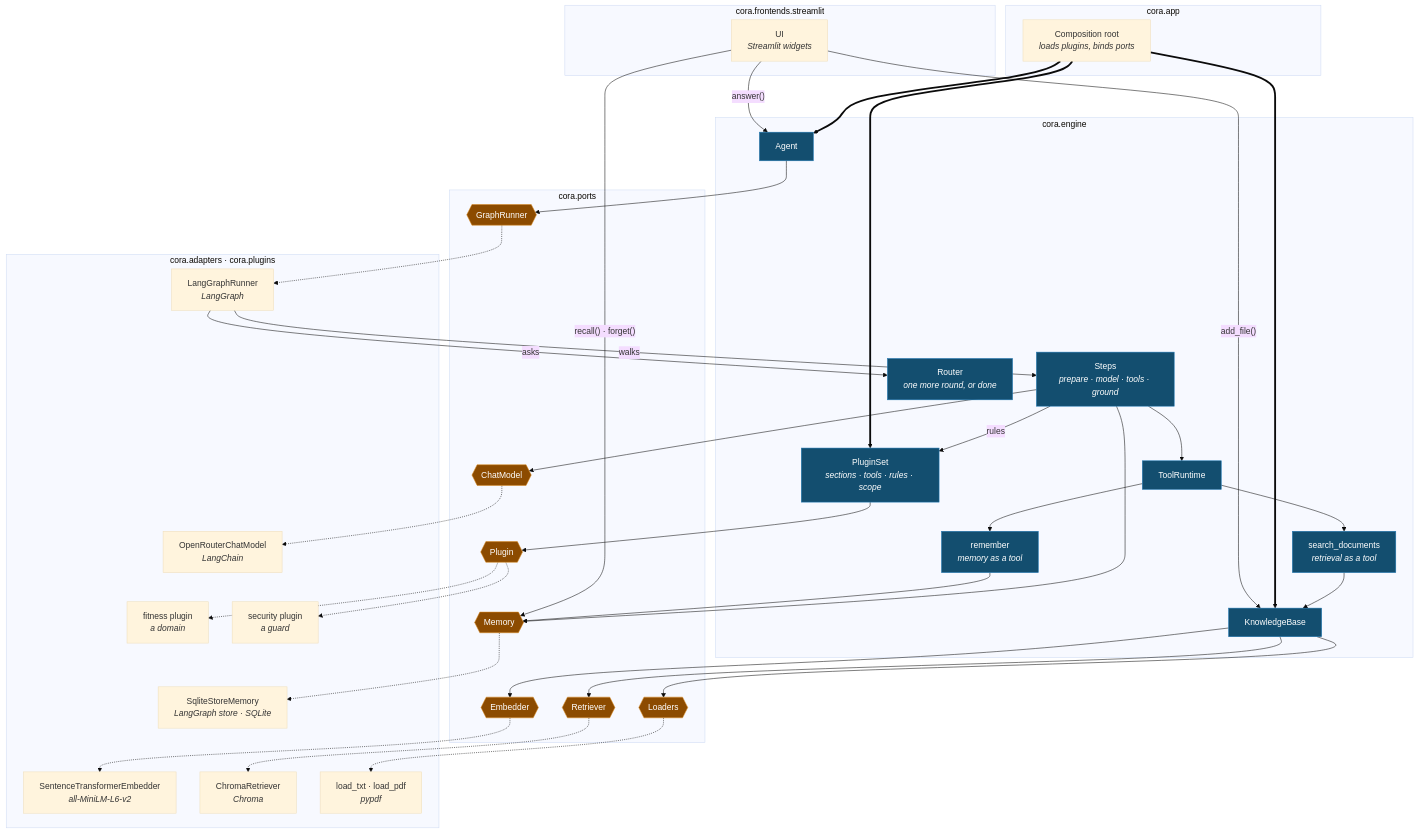
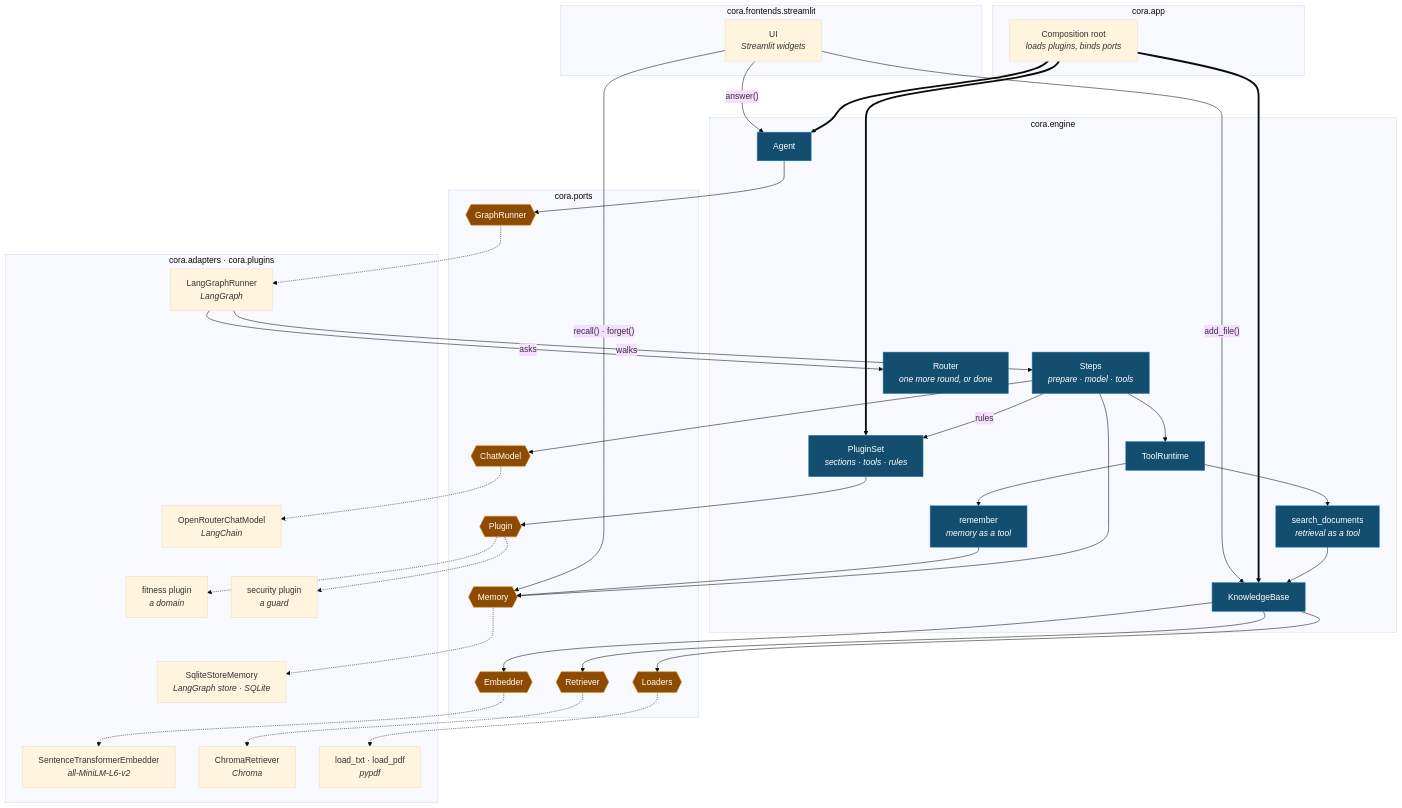
The first of 2 diagrams in docs/big-picture.md (aschog/cora), drawn with Mermaid (base theme) before and after one commit. The commit also changed other lines of this file and 32 other files, not shown here.

````diff
--- a/docs/big-picture.md
+++ b/docs/big-picture.md
@@ -10,78 +10,78 @@
 ```mermaid
 %%{init: {"flowchart": {"nodeSpacing": 45, "rankSpacing": 55, "curve": "basis"}}}%%
 flowchart TB
   subgraph shell["cora.frontends.streamlit"]
     ui["UI<br/><i>Streamlit widgets</i>"]
   end
 
   subgraph wiring["cora.app"]
     root["Composition root<br/><i>loads plugins, binds ports</i>"]
   end
 
   subgraph core["cora.engine"]
     agent["Agent"]
-    steps["Steps<br/><i>prepare · model · tools · ground</i>"]
+    steps["Steps<br/><i>prepare · model · tools</i>"]
     router["Router<br/><i>one more round, or done</i>"]
-    pset["PluginSet<br/><i>sections · tools · rules · scope</i>"]
+    pset["PluginSet<br/><i>sections · tools · rules</i>"]
     rt["ToolRuntime"]
     search["search_documents<br/><i>retrieval as a tool</i>"]
     remember["remember<br/><i>memory as a tool</i>"]
     kb["KnowledgeBase"]
   end
 
   subgraph seam["cora.ports"]
     gr{{"GraphRunner"}}
     cm{{"ChatModel"}}
     emb{{"Embedder"}}
     ret{{"Retriever"}}
     load{{"Loaders"}}
     mem{{"Memory"}}
     plug{{"Plugin"}}
   end
 
   subgraph infra["cora.adapters · cora.plugins"]
     lg["LangGraphRunner<br/><i>LangGraph</i>"]
     orc["OpenRouterChatModel<br/><i>LangChain</i>"]
     ste["SentenceTransformerEmbedder<br/><i>all-MiniLM-L6-v2</i>"]
     chroma["ChromaRetriever<br/><i>Chroma</i>"]
     load_reg["load_txt · load_pdf<br/><i>pypdf</i>"]
     store["SqliteStoreMemory<br/><i>LangGraph store · SQLite</i>"]
     fit["fitness plugin<br/><i>a domain</i>"]
     sec["security plugin<br/><i>a guard</i>"]
   end
 
   ui -->|"answer()"| agent
   ui -->|"add_file()"| kb
   ui -->|"recall() · forget()"| mem
   root ==> agent
   root ==> kb
   root ==> pset
   pset --> plug
   agent --> gr
   lg -->|"walks"| steps
   lg -->|"asks"| router
   steps --> cm
   steps -->|"rules"| pset
   steps --> rt
   rt --> search
   rt --> remember
   remember --> mem
   steps --> mem
   search --> kb
   kb --> emb
   kb --> ret
   kb --> load
   gr -.-> lg
   cm -.-> orc
   emb -.-> ste
   ret -.-> chroma
   load -.-> load_reg
   mem -.-> store
   plug -.-> fit
   plug -.-> sec
 
   classDef port fill:#8c4b00,stroke:#d98a1f,color:#fff;
   classDef logic fill:#134e6f,stroke:#1f78b4,color:#fff;
   class gr,cm,emb,ret,load,mem,plug port;
   class agent,steps,router,pset,rt,search,remember,kb logic;
 ```
````
